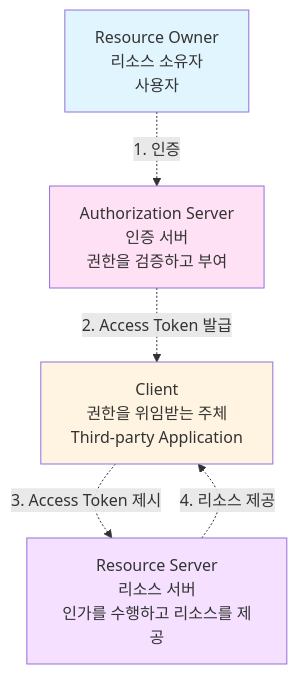
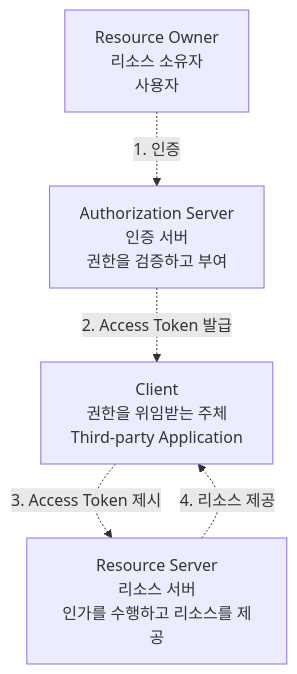
The sixth of 16 diagrams in docs/eks/week4-authn-authz.md (juwon8891/juwon8891.github.io), drawn with Mermaid before and after one commit. The commit also changed other lines of this file and 18 other files, not shown here.

Commit message:
Remove bright colors from Mermaid diagrams for dark mode compatibility

````diff
--- a/docs/eks/week4-authn-authz.md
+++ b/docs/eks/week4-authn-authz.md
@@ -503,17 +494,13 @@
 ```mermaid
 graph TB
     RO[Resource Owner<br/>리소스 소유자<br/>사용자]
     Client[Client<br/>권한을 위임받는 주체<br/>Third-party Application]
     AS[Authorization Server<br/>인증 서버<br/>권한을 검증하고 부여]
     RS[Resource Server<br/>리소스 서버<br/>인가를 수행하고 리소스를 제공]
 
     RO -.->|1. 인증| AS
     AS -.->|2. Access Token 발급| Client
     Client -.->|3. Access Token 제시| RS
     RS -.->|4. 리소스 제공| Client
 
-    style RO fill:#e1f5ff
-    style Client fill:#fff4e1
-    style AS fill:#ffe1f5
-    style RS fill:#f5e1ff
 ```
````
